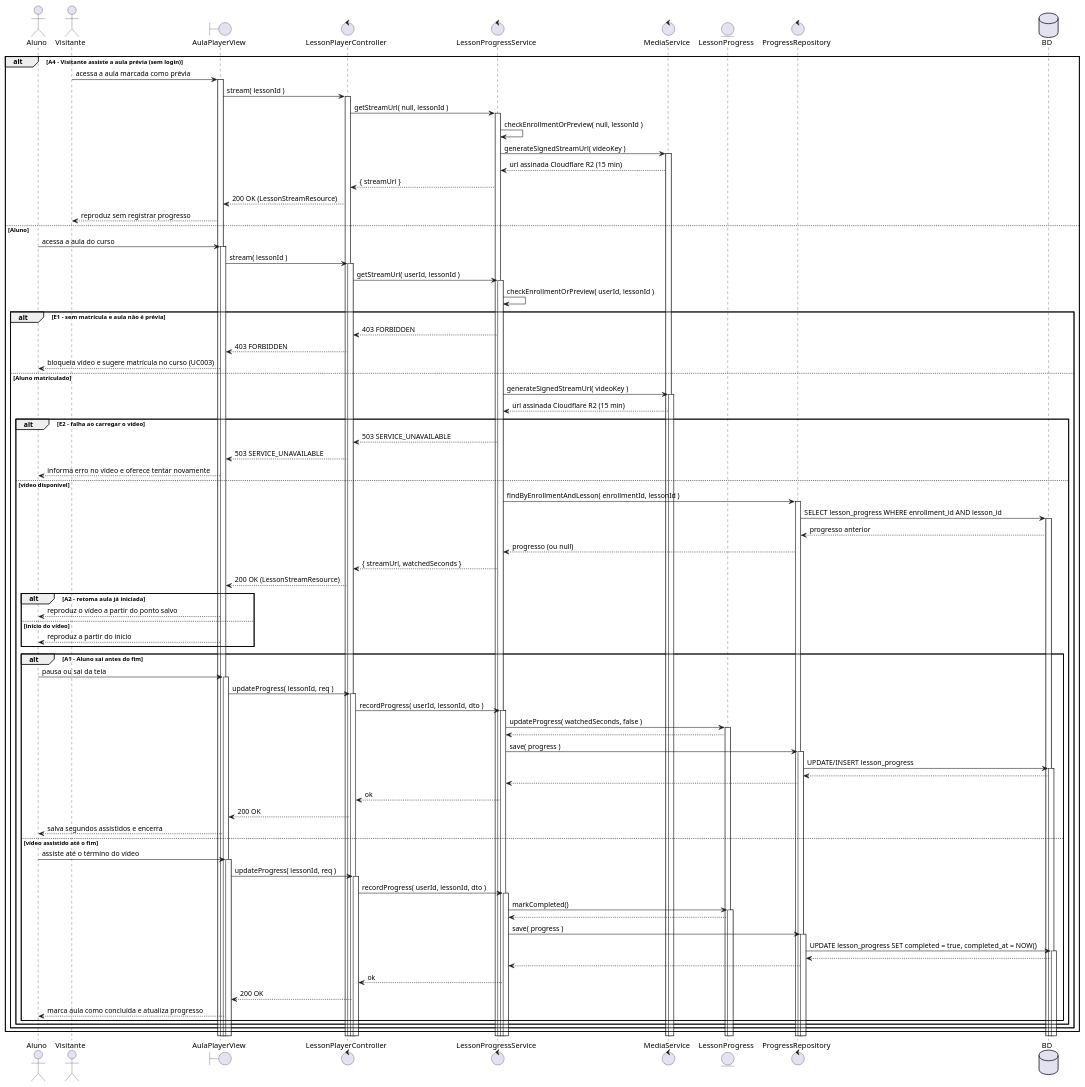
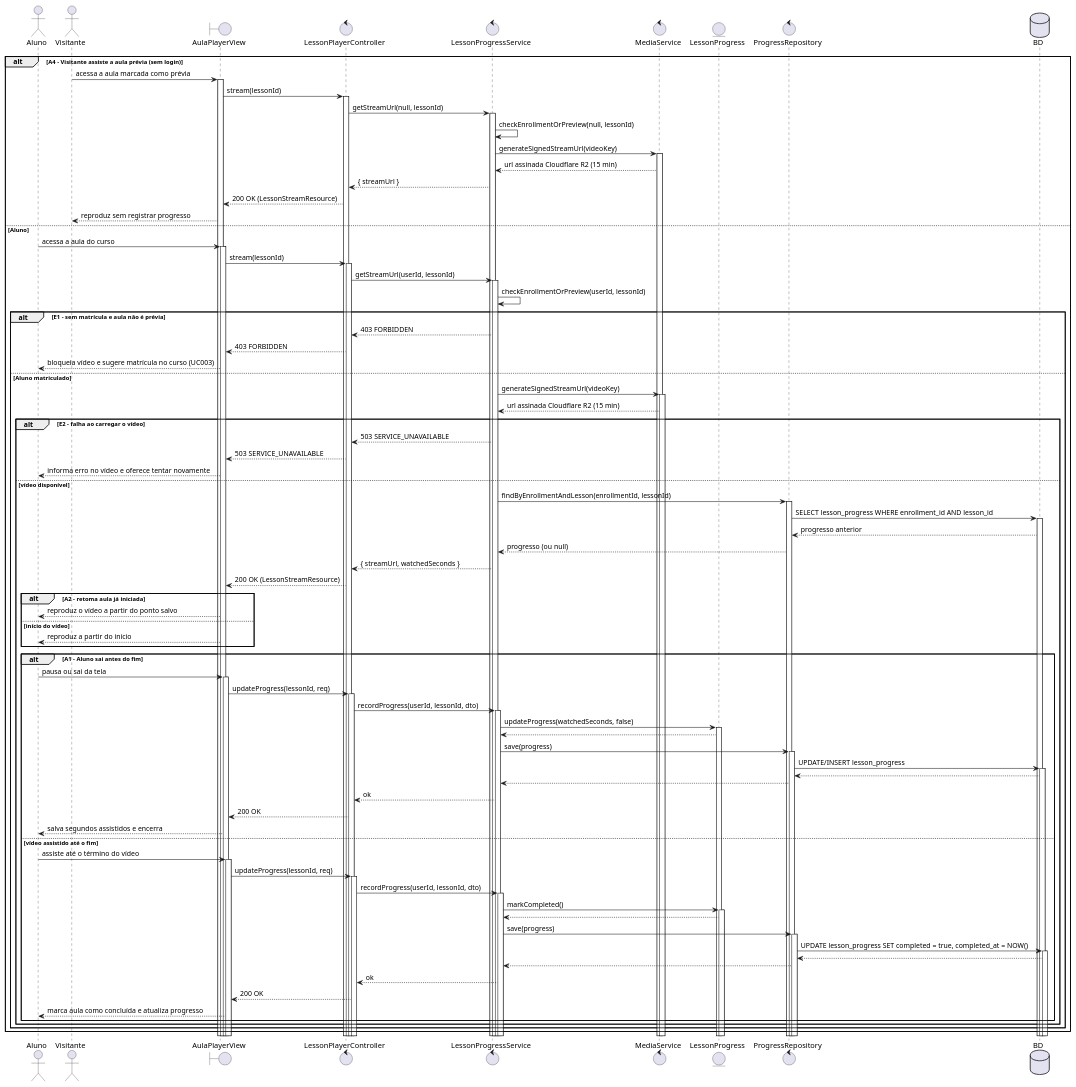
The diagram in scripts/drawio-seqgen/exemplos/14-sequencia-uc009.puml (Plataforma-de-Cursos-TCC/plataforma-cursos-docs), drawn with PlantUML before and after one commit. The commit also changed 17 other files, not shown here.

First line of the commit message:
docs(diagrama-de-sequencia): remove spaces inside call parentheses

```diff
--- a/scripts/drawio-seqgen/exemplos/14-sequencia-uc009.puml
+++ b/scripts/drawio-seqgen/exemplos/14-sequencia-uc009.puml
@@ -3,79 +3,79 @@
 @startuml 14-sequencia-uc009
 actor Aluno
 actor Visitante
 boundary AulaPlayerView
 control LessonPlayerController
 control LessonProgressService
 control MediaService
 entity LessonProgress
 control ProgressRepository
 database BD
 alt A4 - Visitante assiste a aula prévia (sem login)
 Visitante -> AulaPlayerView ++ : acessa a aula marcada como prévia
-AulaPlayerView -> LessonPlayerController ++ : stream( lessonId )
-LessonPlayerController -> LessonProgressService ++ : getStreamUrl( null, lessonId )
-LessonProgressService -> LessonProgressService : checkEnrollmentOrPreview( null, lessonId )
-LessonProgressService -> MediaService ++ : generateSignedStreamUrl( videoKey )
+AulaPlayerView -> LessonPlayerController ++ : stream(lessonId)
+LessonPlayerController -> LessonProgressService ++ : getStreamUrl(null, lessonId)
+LessonProgressService -> LessonProgressService : checkEnrollmentOrPreview(null, lessonId)
+LessonProgressService -> MediaService ++ : generateSignedStreamUrl(videoKey)
 MediaService --> LessonProgressService : url assinada Cloudflare R2 (15 min)
 LessonProgressService --> LessonPlayerController : { streamUrl }
 LessonPlayerController --> AulaPlayerView : 200 OK (LessonStreamResource)
 AulaPlayerView --> Visitante : reproduz sem registrar progresso
 else Aluno
 Aluno -> AulaPlayerView ++ : acessa a aula do curso
-AulaPlayerView -> LessonPlayerController ++ : stream( lessonId )
-LessonPlayerController -> LessonProgressService ++ : getStreamUrl( userId, lessonId )
-LessonProgressService -> LessonProgressService : checkEnrollmentOrPreview( userId, lessonId )
+AulaPlayerView -> LessonPlayerController ++ : stream(lessonId)
+LessonPlayerController -> LessonProgressService ++ : getStreamUrl(userId, lessonId)
+LessonProgressService -> LessonProgressService : checkEnrollmentOrPreview(userId, lessonId)
 alt E1 - sem matrícula e aula não é prévia
 LessonProgressService --> LessonPlayerController : 403 FORBIDDEN
 LessonPlayerController --> AulaPlayerView : 403 FORBIDDEN
 AulaPlayerView --> Aluno : bloqueia vídeo e sugere matrícula no curso (UC003)
 else Aluno matriculado
-LessonProgressService -> MediaService ++ : generateSignedStreamUrl( videoKey )
+LessonProgressService -> MediaService ++ : generateSignedStreamUrl(videoKey)
 MediaService --> LessonProgressService : url assinada Cloudflare R2 (15 min)
 alt E2 - falha ao carregar o vídeo
 LessonProgressService --> LessonPlayerController : 503 SERVICE_UNAVAILABLE
 LessonPlayerController --> AulaPlayerView : 503 SERVICE_UNAVAILABLE
 AulaPlayerView --> Aluno : informa erro no vídeo e oferece tentar novamente
 else vídeo disponível
-LessonProgressService -> ProgressRepository ++ : findByEnrollmentAndLesson( enrollmentId, lessonId )
+LessonProgressService -> ProgressRepository ++ : findByEnrollmentAndLesson(enrollmentId, lessonId)
 ProgressRepository -> BD ++ : SELECT lesson_progress WHERE enrollment_id AND lesson_id
 BD --> ProgressRepository : progresso anterior
 ProgressRepository --> LessonProgressService : progresso (ou null)
 LessonProgressService --> LessonPlayerController : { streamUrl, watchedSeconds }
 LessonPlayerController --> AulaPlayerView : 200 OK (LessonStreamResource)
 alt A2 - retoma aula já iniciada
 AulaPlayerView --> Aluno : reproduz o vídeo a partir do ponto salvo
 else início do vídeo
 AulaPlayerView --> Aluno : reproduz a partir do início
 end
 alt A1 - Aluno sai antes do fim
 Aluno -> AulaPlayerView ++ : pausa ou sai da tela
-AulaPlayerView -> LessonPlayerController ++ : updateProgress( lessonId, req )
-LessonPlayerController -> LessonProgressService ++ : recordProgress( userId, lessonId, dto )
-LessonProgressService -> LessonProgress ++ : updateProgress( watchedSeconds, false )
+AulaPlayerView -> LessonPlayerController ++ : updateProgress(lessonId, req)
+LessonPlayerController -> LessonProgressService ++ : recordProgress(userId, lessonId, dto)
+LessonProgressService -> LessonProgress ++ : updateProgress(watchedSeconds, false)
 LessonProgress --> LessonProgressService
-LessonProgressService -> ProgressRepository ++ : save( progress )
+LessonProgressService -> ProgressRepository ++ : save(progress)
 ProgressRepository -> BD ++ : UPDATE/INSERT lesson_progress
 BD --> ProgressRepository
 ProgressRepository --> LessonProgressService
 LessonProgressService --> LessonPlayerController : ok
 LessonPlayerController --> AulaPlayerView : 200 OK
 AulaPlayerView --> Aluno : salva segundos assistidos e encerra
 else vídeo assistido até o fim
 Aluno -> AulaPlayerView ++ : assiste até o término do vídeo
-AulaPlayerView -> LessonPlayerController ++ : updateProgress( lessonId, req )
-LessonPlayerController -> LessonProgressService ++ : recordProgress( userId, lessonId, dto )
+AulaPlayerView -> LessonPlayerController ++ : updateProgress(lessonId, req)
+LessonPlayerController -> LessonProgressService ++ : recordProgress(userId, lessonId, dto)
 LessonProgressService -> LessonProgress ++ : markCompleted()
 LessonProgress --> LessonProgressService
-LessonProgressService -> ProgressRepository ++ : save( progress )
+LessonProgressService -> ProgressRepository ++ : save(progress)
 ProgressRepository -> BD ++ : UPDATE lesson_progress SET completed = true, completed_at = NOW()
 BD --> ProgressRepository
 ProgressRepository --> LessonProgressService
 LessonProgressService --> LessonPlayerController : ok
 LessonPlayerController --> AulaPlayerView : 200 OK
 AulaPlayerView --> Aluno : marca aula como concluída e atualiza progresso
 end
 end
 end
 end
 @enduml
```
